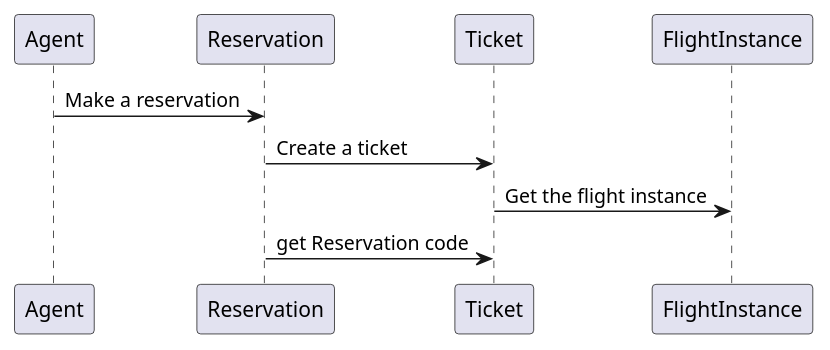
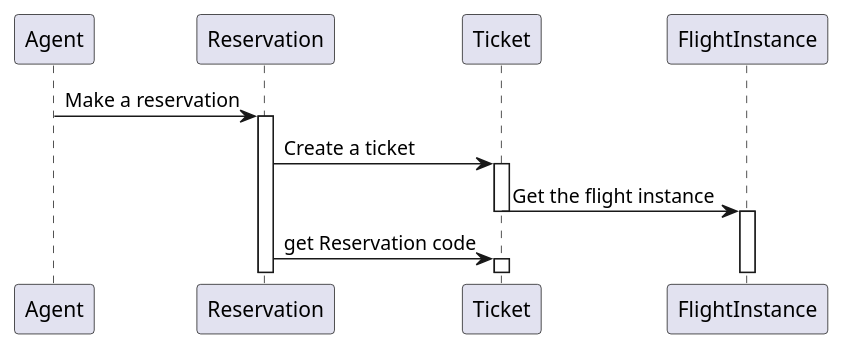
The diagram in Diagrams/Sequence/Agent/make_reservation.puml (AlperenElbasan/FlightReservationSystem), drawn with PlantUML before and after one commit. The commit also changed 3 other files, not shown here.

Commit message:
update sequence diagram

```diff
--- a/Diagrams/Sequence/Agent/make_reservation.puml
+++ b/Diagrams/Sequence/Agent/make_reservation.puml
@@ -1,8 +1,16 @@
 @startuml
 
 Agent -> Reservation: Make a reservation
+activate Reservation
+
 Reservation -> Ticket: Create a ticket
+activate Ticket
+
 Ticket -> FlightInstance: Get the flight instance
+deactivate Ticket
+activate FlightInstance
+
 Reservation -> Ticket: get Reservation code
+activate Ticket
 
 @enduml
```
